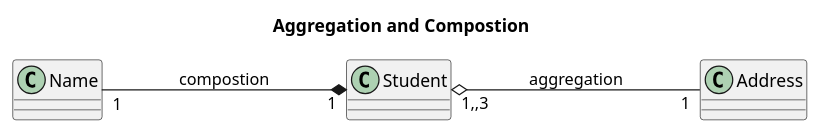
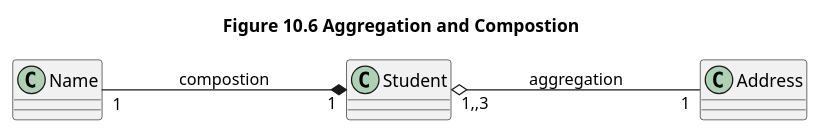
The diagram in Introduction_to_Java_Programming/src/main/java/chapter10/example/examples/Figure10_06.puml (emaphis/Introduction_to_Java_Programming), drawn with PlantUML before and after one commit. The commit also changed 8 other files, not shown here.

Commit message:
Update som Chapter 10 notes, including PlantUML.

```diff
--- a/Introduction_to_Java_Programming/src/main/java/chapter10/example/examples/Figure10_06.puml
+++ b/Introduction_to_Java_Programming/src/main/java/chapter10/example/examples/Figure10_06.puml
@@ -1,10 +1,9 @@
 @startuml
-title Aggregation and Compostion
+title Figure 10.6 Aggregation and Compostion
 left to right direction
 class Name
 class Student
 class Address
 Name"1"---*"1"Student : compostion
 Student "1,,3" o---"1"Address : aggregation
-
 @enduml
```
